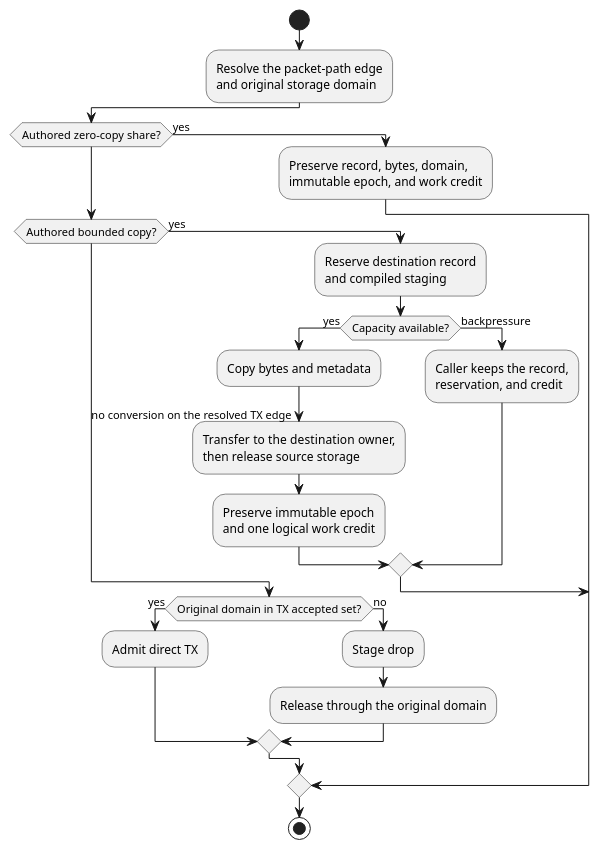
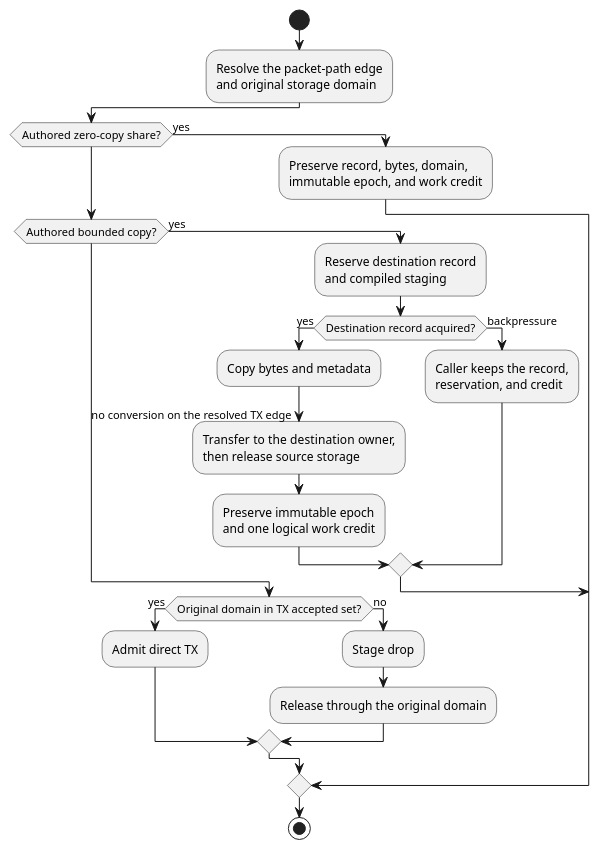
The eighth of 30 diagrams in docs/diagrams/platform_architecture.md (flemingpatel/kinetum), drawn with PlantUML before and after one commit. The commit also changed 55 other files, not shown here.

````diff
--- a/docs/diagrams/platform_architecture.md
+++ b/docs/diagrams/platform_architecture.md
@@ -653,33 +653,33 @@
 ```{uml}
 @startuml
 !pragma useVerticalIf on
 start
 :Resolve the packet-path edge
 and original storage domain;
 if (Authored zero-copy share?) then (yes)
     :Preserve record, bytes, domain,
     immutable epoch, and work credit;
 elseif (Authored bounded copy?) then (yes)
     :Reserve destination record
     and compiled staging;
-    if (Capacity available?) then (yes)
+    if (Destination record acquired?) then (yes)
         :Copy bytes and metadata;
         :Transfer to the destination owner,
         then release source storage;
         :Preserve immutable epoch
         and one logical work credit;
     else (backpressure)
         :Caller keeps the record,
         reservation, and credit;
     endif
 else (no conversion on the resolved TX edge)
     if (Original domain in TX accepted set?) then (yes)
         :Admit direct TX;
     else (no)
         :Stage drop;
         :Release through the original domain;
     endif
 endif
 stop
 @enduml
 ```
````
